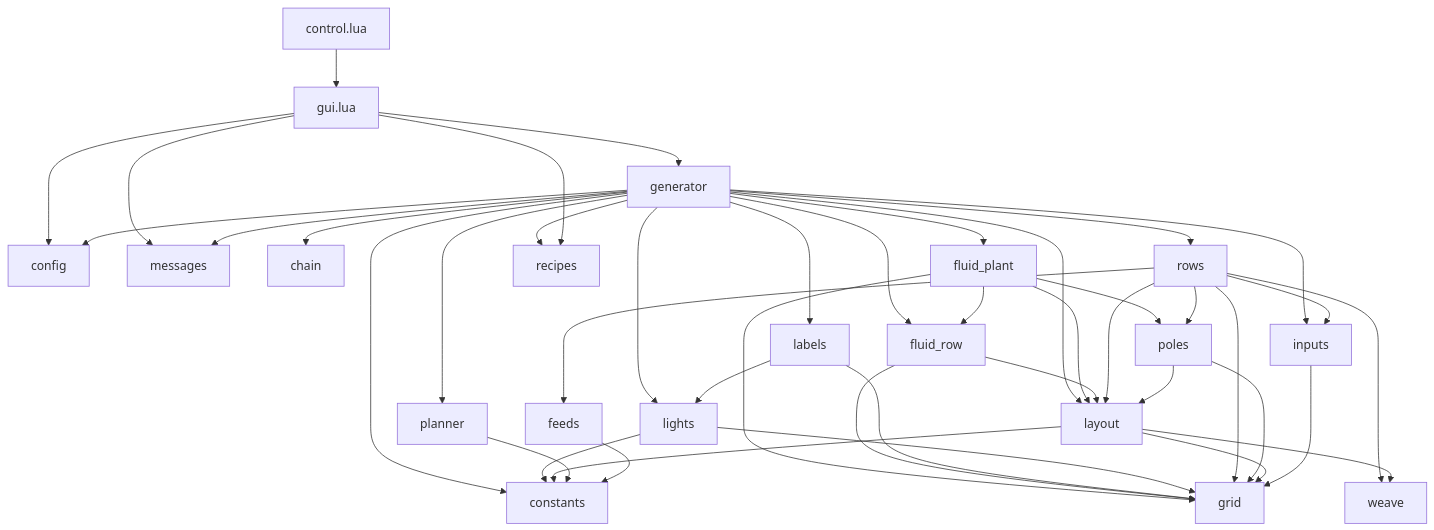
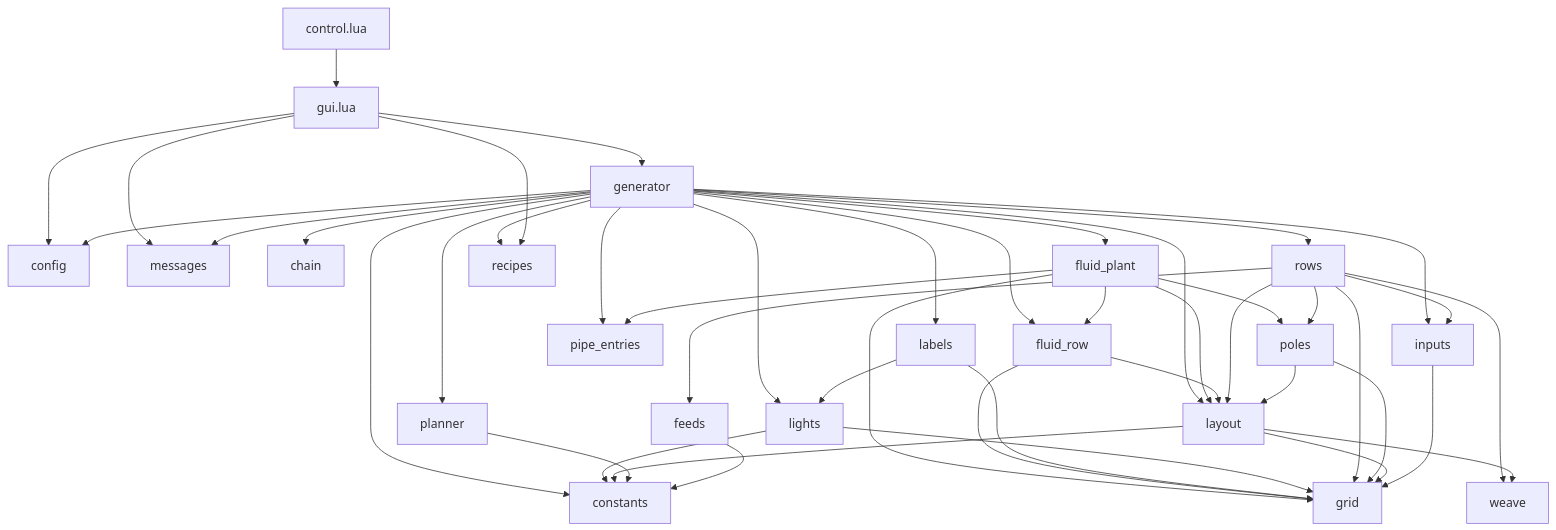
Before and after one commit to RibbonedAce/factorio-blueprint-generation: the second of 6 diagrams in TYPES.md, drawn with Mermaid. The commit also changed other lines of this file and 17 other files, not shown here.

````diff
--- a/TYPES.md
+++ b/TYPES.md
@@ -63,45 +65,47 @@
 ```mermaid
 flowchart TD
   control["control.lua"] --> gui["gui.lua"]
   gui --> generator
   gui --> config
   gui --> messages
   generator --> config
   generator --> constants
   generator --> chain
   generator --> planner
   generator --> layout
   generator --> inputs
   generator --> rows
   generator --> fluid_row
   generator --> fluid_plant
+  generator --> pipe_entries
+  fluid_plant --> pipe_entries
   fluid_plant --> fluid_row
   fluid_plant --> poles
   fluid_plant --> layout
   fluid_plant --> grid
   generator --> recipes
   gui --> recipes
   fluid_row --> layout
   fluid_row --> grid
   generator --> labels
   generator --> lights
   labels --> lights
   labels --> grid
   generator --> messages
   lights --> constants
   lights --> grid
   rows --> feeds
   rows --> inputs
   rows --> layout
   rows --> poles
   rows --> weave
   rows --> grid
   poles --> layout
   poles --> grid
   layout --> constants
   layout --> grid
   layout --> weave
   planner --> constants
   feeds --> constants
   inputs --> grid
 ```
````
